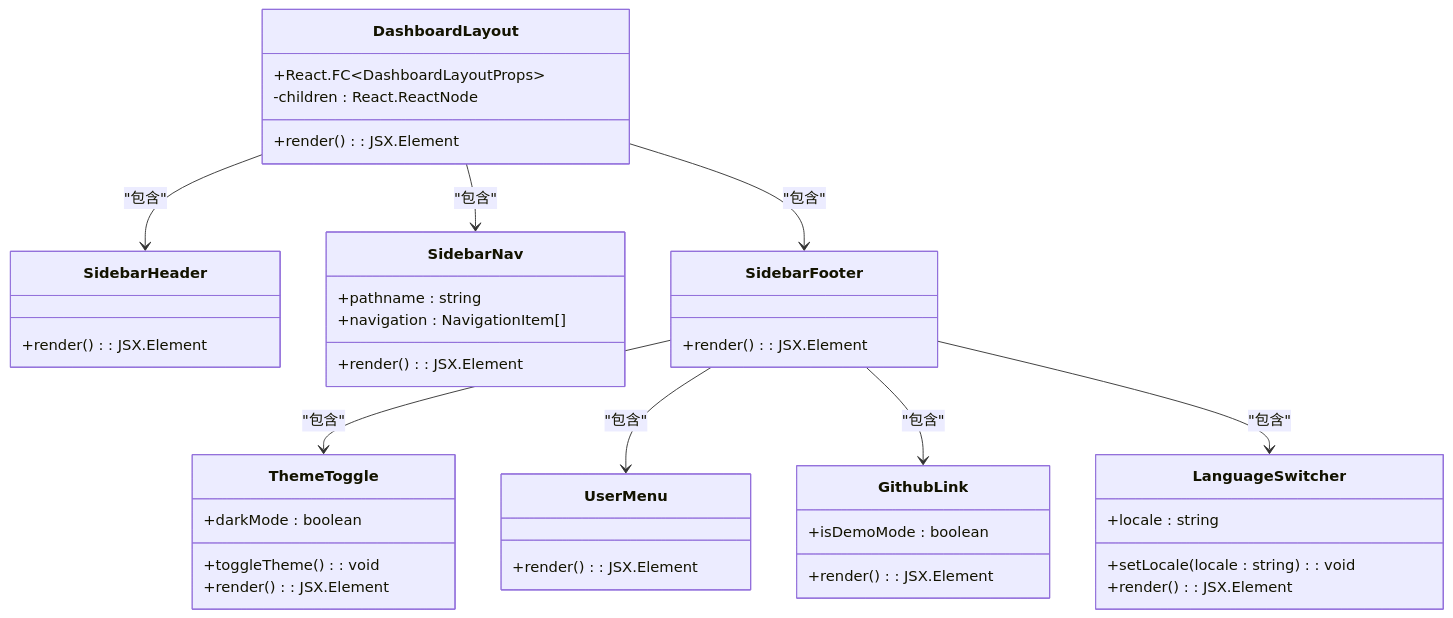
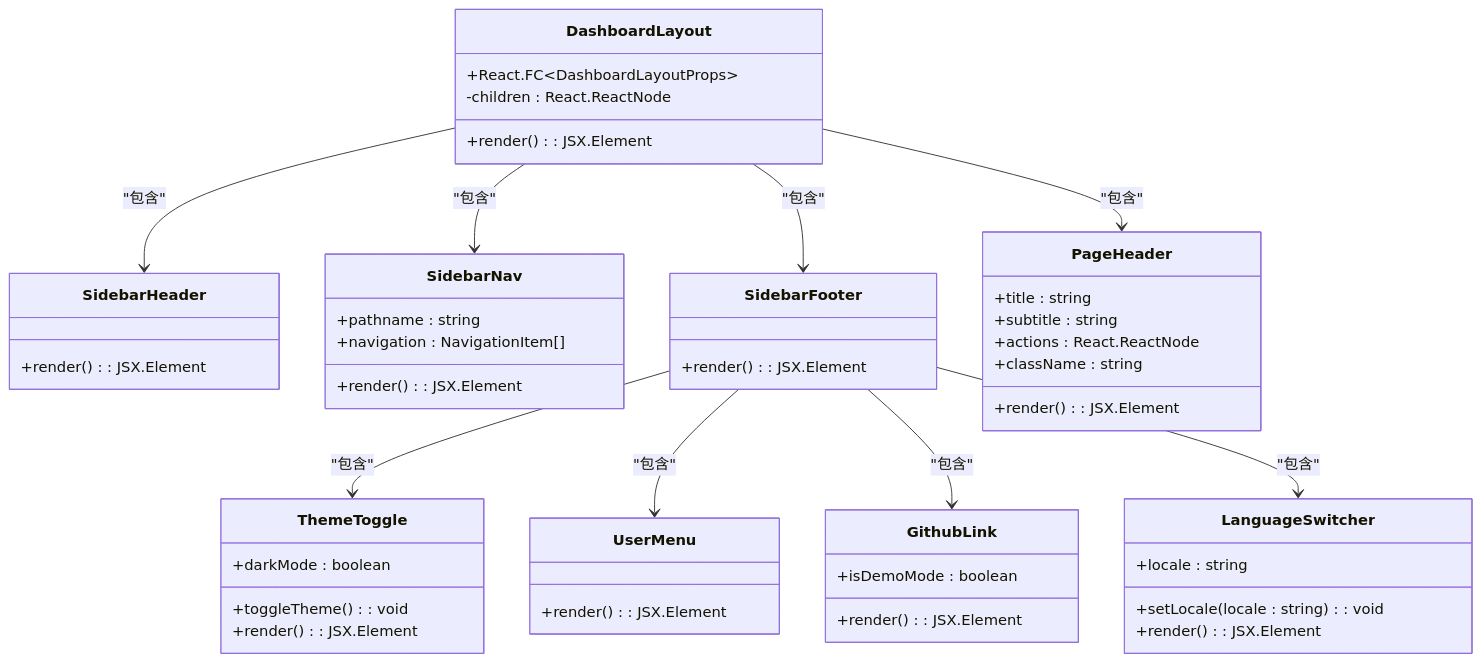
Before and after one commit to RadiumAg/AIGate: the third of 29 diagrams in .qoder/repowiki/zh/content/前端组件/仪表板布局.md, drawn with Mermaid. The commit also changed other lines of this file and 4 other files, not shown here.

````diff
--- a/.qoder/repowiki/zh/content/前端组件/仪表板布局.md
+++ b/.qoder/repowiki/zh/content/前端组件/仪表板布局.md
@@ -274,43 +313,51 @@
 ```mermaid
 classDiagram
 class DashboardLayout {
 +React.FC~DashboardLayoutProps~
 -children : React.ReactNode
 +render() : JSX.Element
 }
 class SidebarHeader {
 +render() : JSX.Element
 }
 class SidebarNav {
 +pathname : string
 +navigation : NavigationItem[]
 +render() : JSX.Element
 }
 class SidebarFooter {
 +render() : JSX.Element
 }
 class ThemeToggle {
 +darkMode : boolean
 +toggleTheme() : void
 +render() : JSX.Element
 }
 class UserMenu {
 +render() : JSX.Element
 }
 class GithubLink {
 +isDemoMode : boolean
 +render() : JSX.Element
 }
 class LanguageSwitcher {
 +locale : string
 +setLocale(locale : string) : void
 +render() : JSX.Element
 }
+class PageHeader {
++title : string
++subtitle : string
++actions : React.ReactNode
++className : string
++render() : JSX.Element
+}
 DashboardLayout --> SidebarHeader : "包含"
 DashboardLayout --> SidebarNav : "包含"
 DashboardLayout --> SidebarFooter : "包含"
 SidebarFooter --> ThemeToggle : "包含"
 SidebarFooter --> UserMenu : "包含"
 SidebarFooter --> GithubLink : "包含"
 SidebarFooter --> LanguageSwitcher : "包含"
+DashboardLayout --> PageHeader : "包含"
 ```
````
